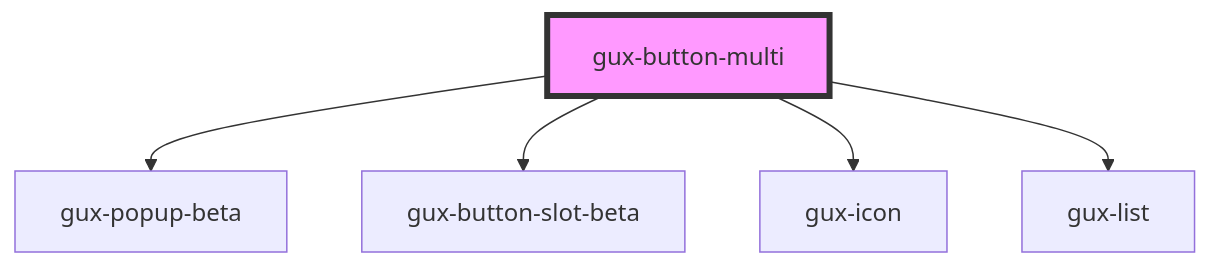
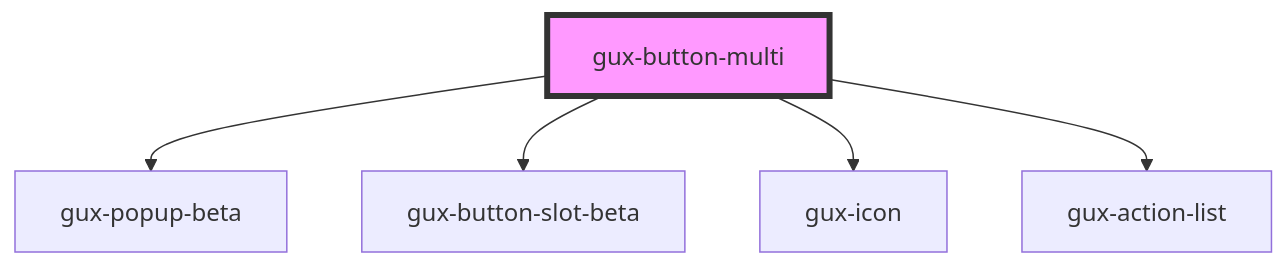
Before and after one commit to MyPureCloud/genesys-spark: the diagram in src/components/beta/gux-button-multi/readme.md, drawn with Mermaid. The commit also changed other lines of this file and 16 other files, not shown here.

First line of the commit message:
fix(gux-action-button): update gux-action-button and gux-button-multi to improve accessibility

````diff
--- a/src/components/beta/gux-button-multi/readme.md
+++ b/src/components/beta/gux-button-multi/readme.md
@@ -44,8 +44,8 @@
 ```mermaid
 graph TD;
   gux-button-multi --> gux-popup-beta
   gux-button-multi --> gux-button-slot-beta
   gux-button-multi --> gux-icon
-  gux-button-multi --> gux-list
+  gux-button-multi --> gux-action-list
   style gux-button-multi fill:#f9f,stroke:#333,stroke-width:4px
 ```
````
